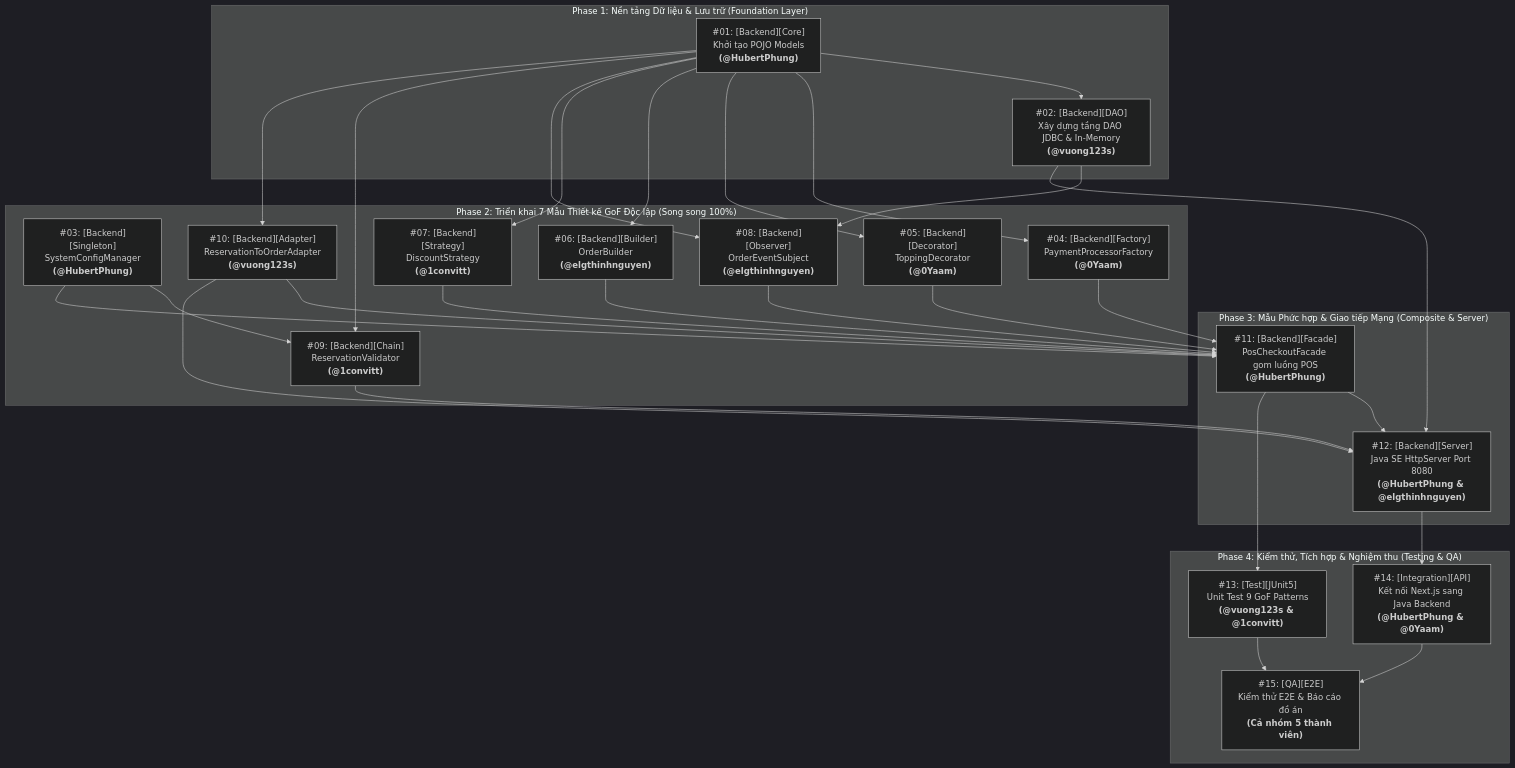
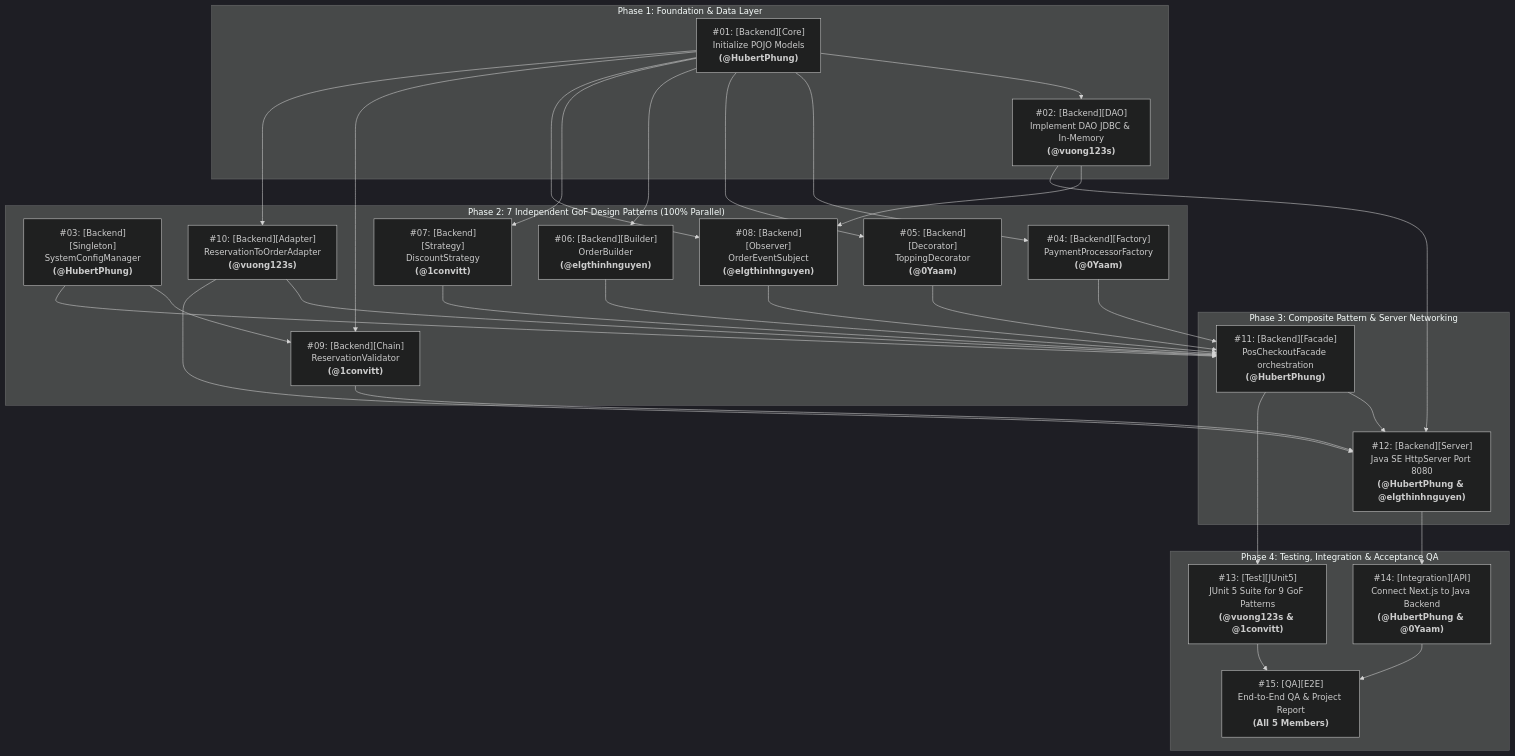
The diagram in docs/ISSUE_EXECUTION_PLAN.md (HubertPhung/WebQuanLyQuanCafe-DesignPatterns), drawn with Mermaid (dark theme) before and after one commit. The commit also changed other lines of this file and 1 other file, not shown here.

````diff
--- a/docs/ISSUE_EXECUTION_PLAN.md
+++ b/docs/ISSUE_EXECUTION_PLAN.md
@@ -16,59 +16,59 @@
 ```mermaid
 flowchart TD
-    subgraph Phase_1 ["Phase 1: Nền tảng Dữ liệu & Lưu trữ (Foundation Layer)"]
-        I01["#01: [Backend][Core]<br/>Khởi tạo POJO Models<br/><b>(@HubertPhung)</b>"]
-        I02["#02: [Backend][DAO]<br/>Xây dựng tầng DAO JDBC & In-Memory<br/><b>(@vuong123s)</b>"]
+    subgraph Phase_1 ["Phase 1: Foundation & Data Layer"]
+        I01["#01: [Backend][Core]<br/>Initialize POJO Models<br/><b>(@HubertPhung)</b>"]
+        I02["#02: [Backend][DAO]<br/>Implement DAO JDBC & In-Memory<br/><b>(@vuong123s)</b>"]
         I01 --> I02
     end
 
-    subgraph Phase_2 ["Phase 2: Triển khai 7 Mẫu Thiết kế GoF Độc lập (Song song 100%)"]
+    subgraph Phase_2 ["Phase 2: 7 Independent GoF Design Patterns (100% Parallel)"]
         I03["#03: [Backend][Singleton]<br/>SystemConfigManager<br/><b>(@HubertPhung)</b>"]
         I04["#04: [Backend][Factory]<br/>PaymentProcessorFactory<br/><b>(@0Yaam)</b>"]
         I05["#05: [Backend][Decorator]<br/>ToppingDecorator<br/><b>(@0Yaam)</b>"]
         I06["#06: [Backend][Builder]<br/>OrderBuilder<br/><b>(@elgthinhnguyen)</b>"]
         I07["#07: [Backend][Strategy]<br/>DiscountStrategy<br/><b>(@1convitt)</b>"]
         I08["#08: [Backend][Observer]<br/>OrderEventSubject<br/><b>(@elgthinhnguyen)</b>"]
         I09["#09: [Backend][Chain]<br/>ReservationValidator<br/><b>(@1convitt)</b>"]
         I10["#10: [Backend][Adapter]<br/>ReservationToOrderAdapter<br/><b>(@vuong123s)</b>"]
     end
 
-    subgraph Phase_3 ["Phase 3: Mẫu Phức hợp & Giao tiếp Mạng (Composite & Server)"]
-        I11["#11: [Backend][Facade]<br/>PosCheckoutFacade gom luồng POS<br/><b>(@HubertPhung)</b>"]
+    subgraph Phase_3 ["Phase 3: Composite Pattern & Server Networking"]
+        I11["#11: [Backend][Facade]<br/>PosCheckoutFacade orchestration<br/><b>(@HubertPhung)</b>"]
         I12["#12: [Backend][Server]<br/>Java SE HttpServer Port 8080<br/><b>(@HubertPhung & @elgthinhnguyen)</b>"]
     end
 
-    subgraph Phase_4 ["Phase 4: Kiểm thử, Tích hợp & Nghiệm thu (Testing & QA)"]
-        I13["#13: [Test][JUnit5]<br/>Unit Test 9 GoF Patterns<br/><b>(@vuong123s & @1convitt)</b>"]
-        I14["#14: [Integration][API]<br/>Kết nối Next.js sang Java Backend<br/><b>(@HubertPhung & @0Yaam)</b>"]
-        I15["#15: [QA][E2E]<br/>Kiểm thử E2E & Báo cáo đồ án<br/><b>(Cả nhóm 5 thành viên)</b>"]
+    subgraph Phase_4 ["Phase 4: Testing, Integration & Acceptance QA"]
+        I13["#13: [Test][JUnit5]<br/>JUnit 5 Suite for 9 GoF Patterns<br/><b>(@vuong123s & @1convitt)</b>"]
+        I14["#14: [Integration][API]<br/>Connect Next.js to Java Backend<br/><b>(@HubertPhung & @0Yaam)</b>"]
+        I15["#15: [QA][E2E]<br/>End-to-End QA & Project Report<br/><b>(All 5 Members)</b>"]
     end
 
     %% Dependencies
     I01 --> I04
     I01 --> I05
     I01 --> I06
     I01 --> I07
     I01 --> I08
     I01 --> I09
     I01 --> I10
     I02 --> I08
     I03 --> I09
 
     I03 --> I11
     I04 --> I11
     I05 --> I11
     I06 --> I11
     I07 --> I11
     I08 --> I11
     I10 --> I11
 
     I02 --> I12
     I09 --> I12
     I10 --> I12
     I11 --> I12
 
     I11 --> I13
     I12 --> I14
     I13 --> I15
     I14 --> I15
 ```
````
